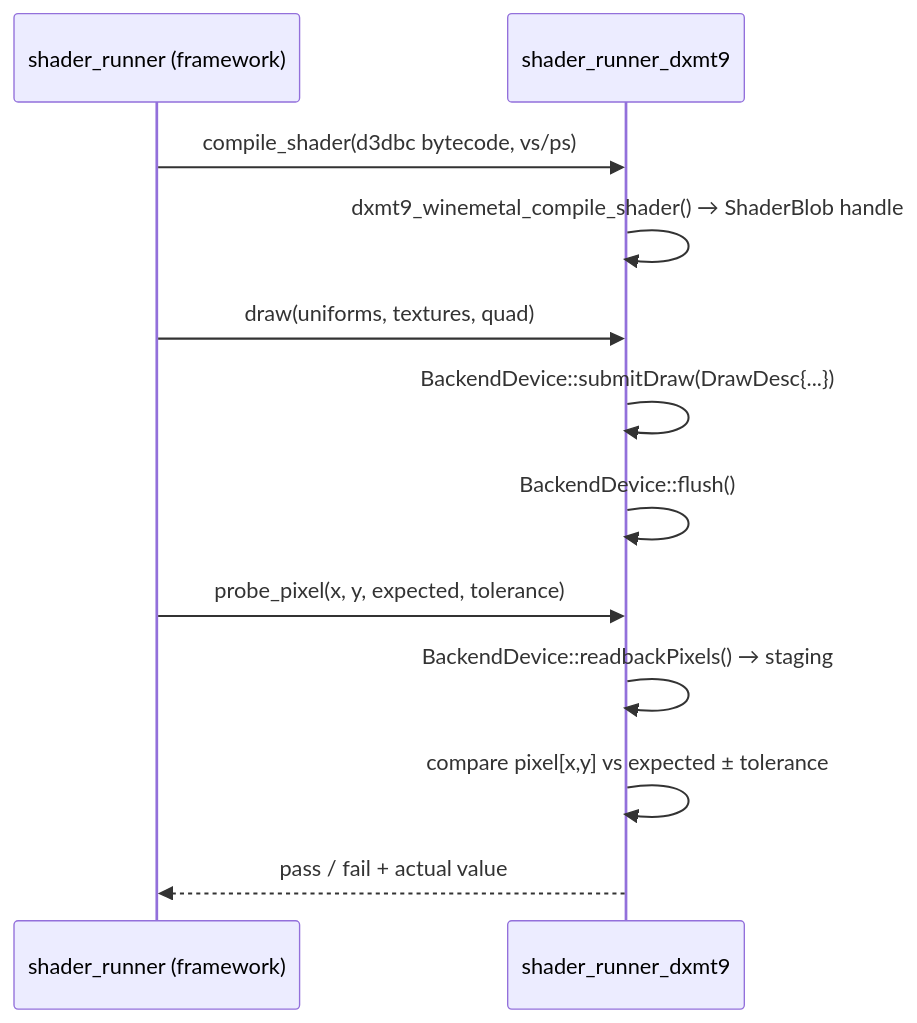
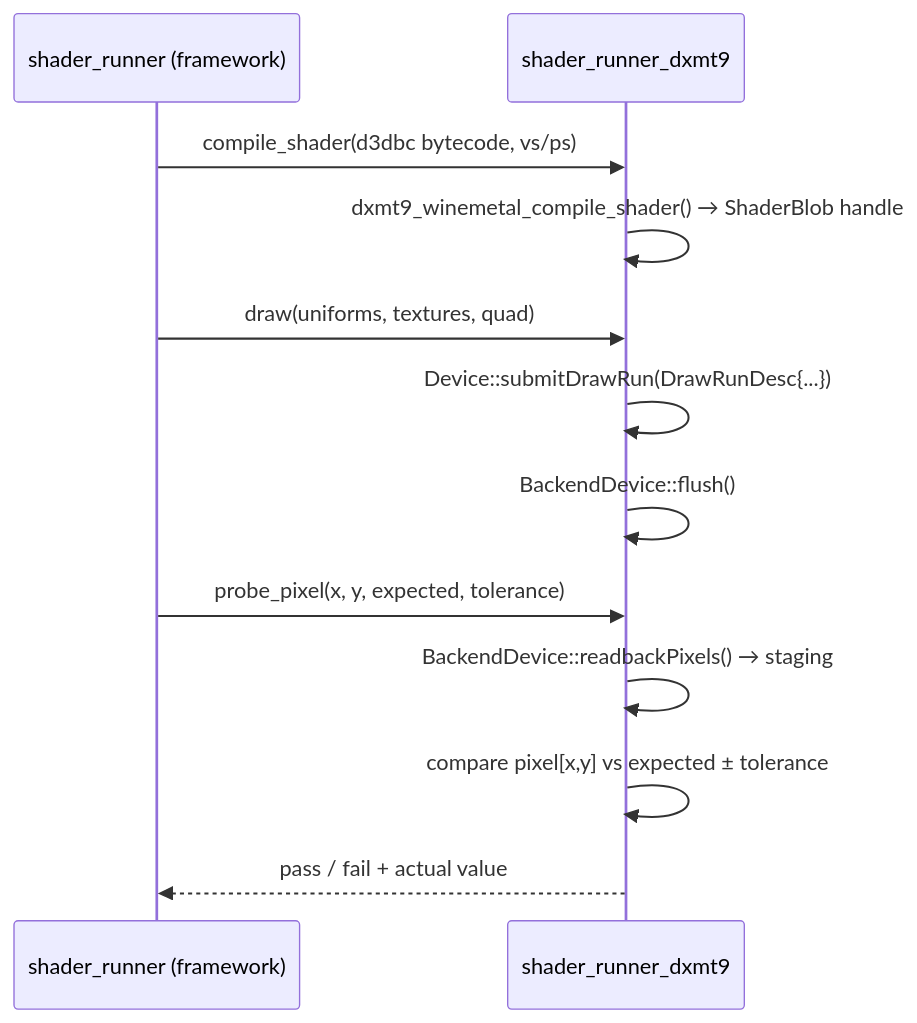
One commit to dfdgsdfg/dxmt9 changed the fourth of 7 diagrams in specs/tests/design.md. Above: the diagram before and after it, drawn with Mermaid. The commit also changed 25 other files, not shown here.

````diff
--- a/specs/tests/design.md
+++ b/specs/tests/design.md
@@ -230,17 +230,17 @@
 ```mermaid
 sequenceDiagram
     participant R as shader_runner (framework)
     participant B as shader_runner_dxmt9
 
     R->>B: compile_shader(d3dbc bytecode, vs/ps)
     B->>B: dxmt9_winemetal_compile_shader() → ShaderBlob handle
 
     R->>B: draw(uniforms, textures, quad)
-    B->>B: BackendDevice::submitDraw(DrawDesc{...})
+    B->>B: Device::submitDrawRun(DrawRunDesc{...})
     B->>B: BackendDevice::flush()
 
     R->>B: probe_pixel(x, y, expected, tolerance)
     B->>B: BackendDevice::readbackPixels() → staging
     B->>B: compare pixel[x,y] vs expected ± tolerance
     B-->>R: pass / fail + actual value
 ```
````
